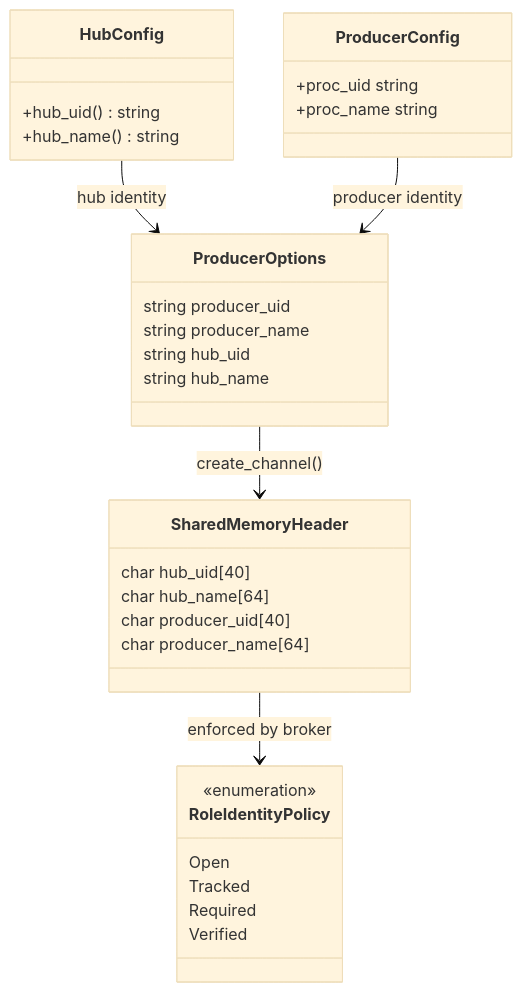
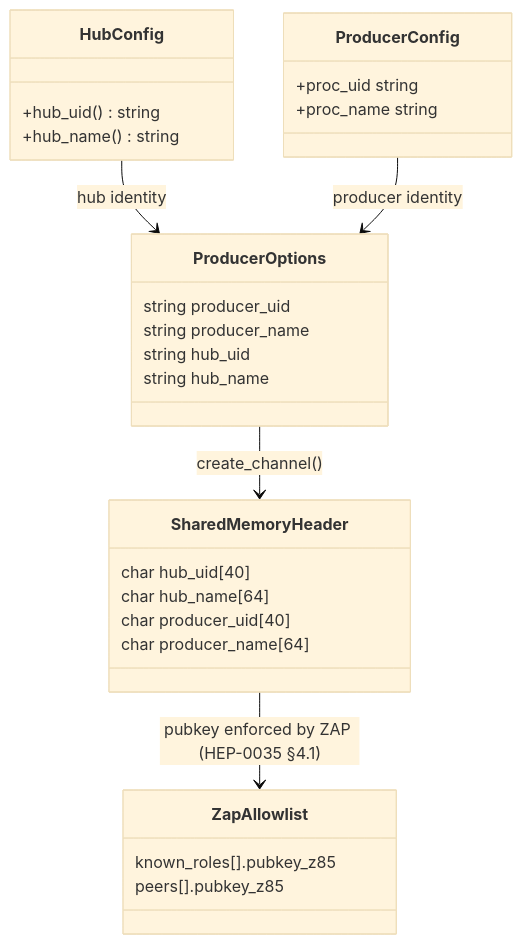
The first of 2 diagrams in docs/HEP/HEP-CORE-0013-Channel-Identity-and-Provenance.md (Qing-LAB/pylabhub), drawn with Mermaid (base theme) before and after one commit. The commit also changed other lines of this file and 21 other files, not shown here.

````diff
--- a/docs/HEP/HEP-CORE-0013-Channel-Identity-and-Provenance.md
+++ b/docs/HEP/HEP-CORE-0013-Channel-Identity-and-Provenance.md
@@ -91,35 +112,32 @@
 ```mermaid
 classDiagram
     class SharedMemoryHeader {
         char hub_uid[40]
         char hub_name[64]
         char producer_uid[40]
         char producer_name[64]
     }
     class ProducerOptions {
         string producer_uid
         string producer_name
         string hub_uid
         string hub_name
     }
     class HubConfig {
         +hub_uid() string
         +hub_name() string
     }
     class ProducerConfig {
         +proc_uid string
         +proc_name string
     }
-    class RoleIdentityPolicy {
-        <<enumeration>>
-        Open
-        Tracked
-        Required
-        Verified
+    class ZapAllowlist {
+        known_roles[].pubkey_z85
+        peers[].pubkey_z85
     }
 
     HubConfig --> ProducerOptions : hub identity
     ProducerConfig --> ProducerOptions : producer identity
     ProducerOptions --> SharedMemoryHeader : create_channel()
-    SharedMemoryHeader --> RoleIdentityPolicy : enforced by broker
+    SharedMemoryHeader --> ZapAllowlist : pubkey enforced by ZAP (HEP-0035 §4.1)
 ```
````
